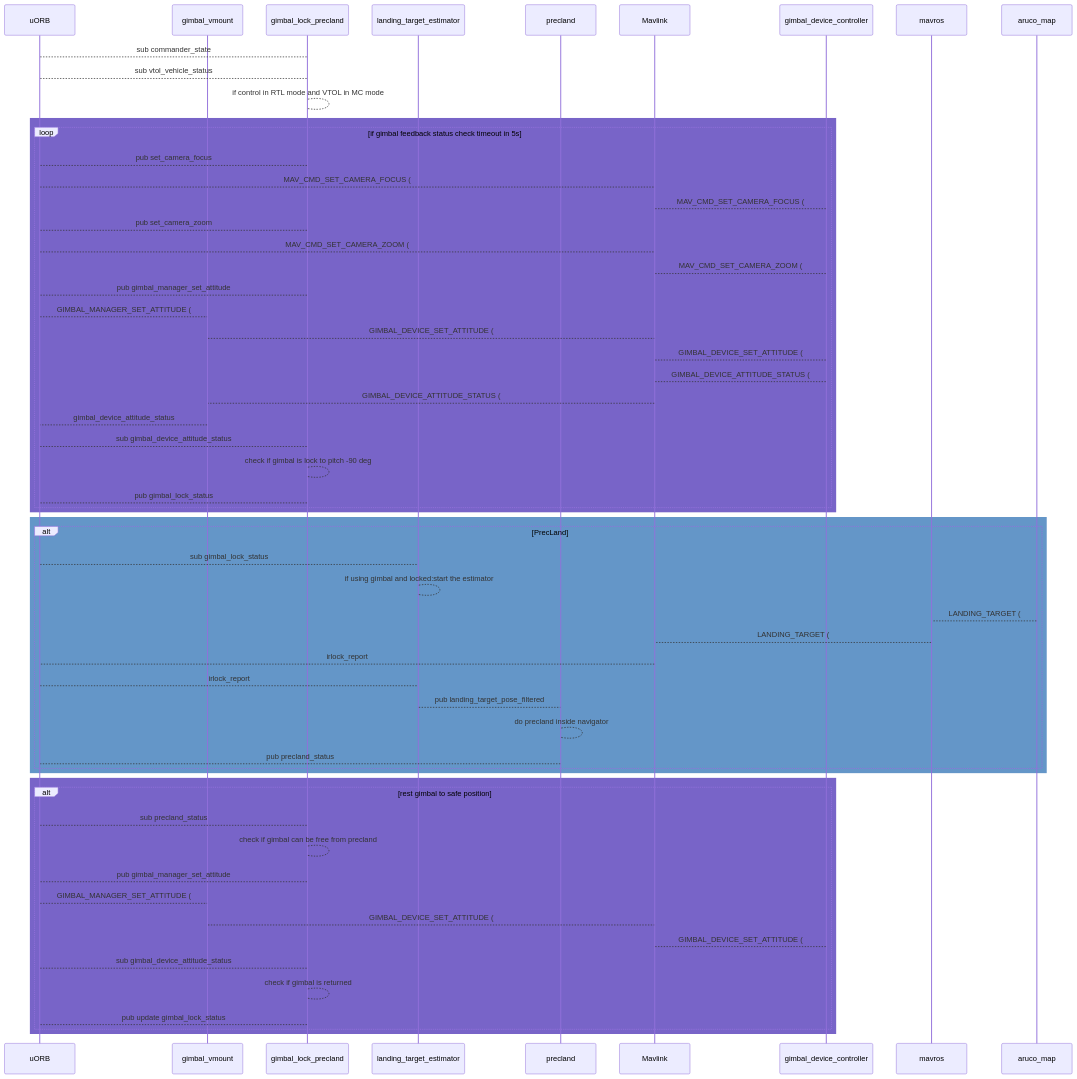
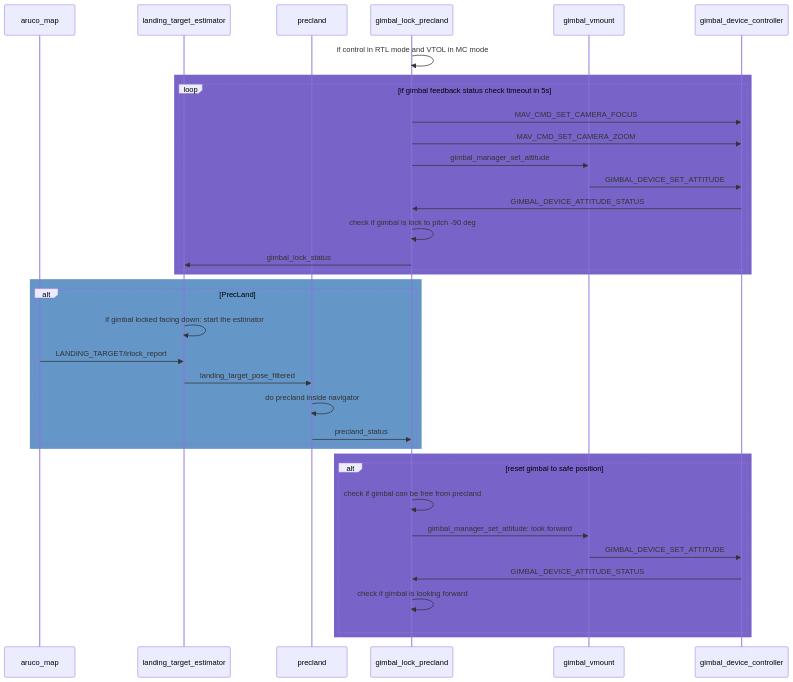
One commit to coccobas/DocuConversionNotion changed the diagram in source/precland/integration_with_gimbal_camera.rst. Above: the diagram before and after it, drawn with Mermaid. The commit also changed other lines of this file and 42 other files, not shown here.

Commit message:
precland: simplify sequence diagram

```diff
--- a/source/precland/integration_with_gimbal_camera.rst
+++ b/source/precland/integration_with_gimbal_camera.rst
@@ -4,79 +4,55 @@
 .. mermaid::
 
     sequenceDiagram
-        participant ORB as uORB
-        participant VMN as gimbal_vmount
-        participant GL as gimbal_lock_precland
+        participant AR as aruco_map
+
         participant LT as landing_target_estimator
         participant PLD as precland
-        participant ML as Mavlink
+        participant GL as gimbal_lock_precland
+        participant VMN as gimbal_vmount
         
         participant GDC as gimbal_device_controller
 
-        participant MR as mavros
-        participant AR as aruco_map
 
-        ORB --> GL: sub commander_state
-        ORB --> GL: sub vtol_vehicle_status
-
-        GL --> GL: if control in RTL mode and VTOL in MC mode
+        GL ->> GL: if control in RTL mode and VTOL in MC mode
 
         rect rgb(120, 100, 200)
         loop if gimbal feedback status check timeout in 5s
             
-            GL --> ORB: pub set_camera_focus
-            ORB --> ML: MAV_CMD_SET_CAMERA_FOCUS (#532)
-            ML --> GDC: MAV_CMD_SET_CAMERA_FOCUS (#532)
-            GL --> ORB: pub set_camera_zoom
-            ORB --> ML: MAV_CMD_SET_CAMERA_ZOOM (#531)
-            ML --> GDC: MAV_CMD_SET_CAMERA_ZOOM (#531)
+            GL ->> GDC: MAV_CMD_SET_CAMERA_FOCUS
+            GL ->> GDC: MAV_CMD_SET_CAMERA_ZOOM
 
-            GL --> ORB: pub gimbal_manager_set_attitude
-            ORB --> VMN: GIMBAL_MANAGER_SET_ATTITUDE ( #282 )
-            VMN --> ML: GIMBAL_DEVICE_SET_ATTITUDE ( #284 )
-            ML --> GDC: GIMBAL_DEVICE_SET_ATTITUDE ( #284 )
+            GL ->> VMN: gimbal_manager_set_attitude
+            VMN ->> GDC: GIMBAL_DEVICE_SET_ATTITUDE
 
-            GDC --> ML: GIMBAL_DEVICE_ATTITUDE_STATUS ( #285 )
-            ML --> VMN: GIMBAL_DEVICE_ATTITUDE_STATUS ( #285 )
+            GDC ->> GL: GIMBAL_DEVICE_ATTITUDE_STATUS
 
-            VMN --> ORB: gimbal_device_attitude_status
-            ORB --> GL: sub gimbal_device_attitude_status
-
-            GL --> GL: check if gimbal is lock to pitch -90 deg
-            GL --> ORB: pub gimbal_lock_status
+            GL ->> GL: check if gimbal is lock to pitch -90 deg
+            GL ->> LT: gimbal_lock_status
         end
         end
 
         rect rgb(100, 150, 200)
         alt PrecLand
 
-            ORB --> LT: sub gimbal_lock_status
-            LT --> LT: if using gimbal and locked:start the estimator
+            LT ->> LT: if gimbal locked facing down: start the estimator
 
-            AR --> MR: LANDING_TARGET (#149)
-            MR --> ML: LANDING_TARGET (#149)
+            AR ->> LT: LANDING_TARGET/irlock_report
+            LT ->> PLD: landing_target_pose_filtered
+            PLD ->> PLD: do precland inside navigator
 
-            ML --> ORB: irlock_report
-            ORB --> LT: irlock_report
-            LT --> PLD: pub landing_target_pose_filtered
-            PLD --> PLD: do precland inside navigator
-
-            PLD --> ORB: pub precland_status
+            PLD ->> GL: precland_status
         end
         end
 
         rect rgb(120, 100, 200)
-        alt rest gimbal to safe position
-            ORB --> GL: sub precland_status
-            GL --> GL: check if gimbal can be free from precland
-            GL --> ORB: pub gimbal_manager_set_attitude
-            ORB --> VMN: GIMBAL_MANAGER_SET_ATTITUDE ( #282 )
-            VMN --> ML: GIMBAL_DEVICE_SET_ATTITUDE ( #284 )
-            ML --> GDC: GIMBAL_DEVICE_SET_ATTITUDE ( #284 )
+        alt reset gimbal to safe position
+            GL ->> GL: check if gimbal can be free from precland
+            GL ->> VMN: gimbal_manager_set_attitude: look forward
+            VMN ->> GDC: GIMBAL_DEVICE_SET_ATTITUDE
 
-            ORB --> GL: sub gimbal_device_attitude_status
-            GL --> GL: check if gimbal is returned
-            GL --> ORB: pub update gimbal_lock_status
+            GDC ->> GL: GIMBAL_DEVICE_ATTITUDE_STATUS
+            GL ->> GL: check if gimbal is looking forward
 
         end
         end
```
